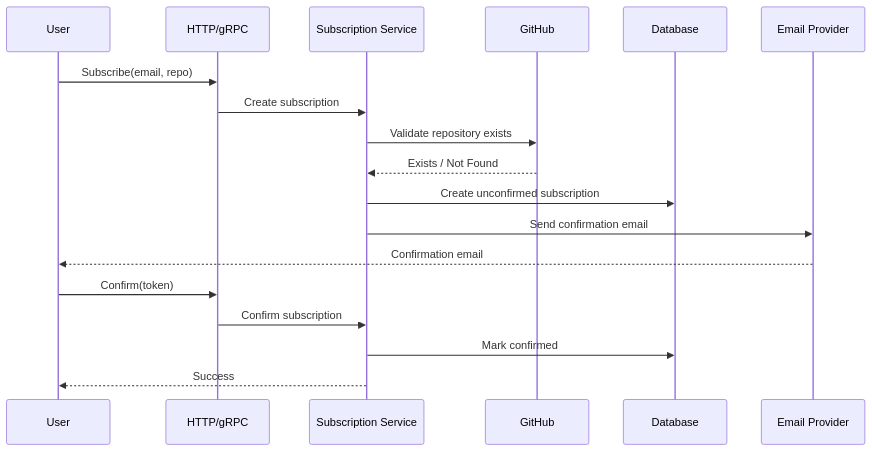
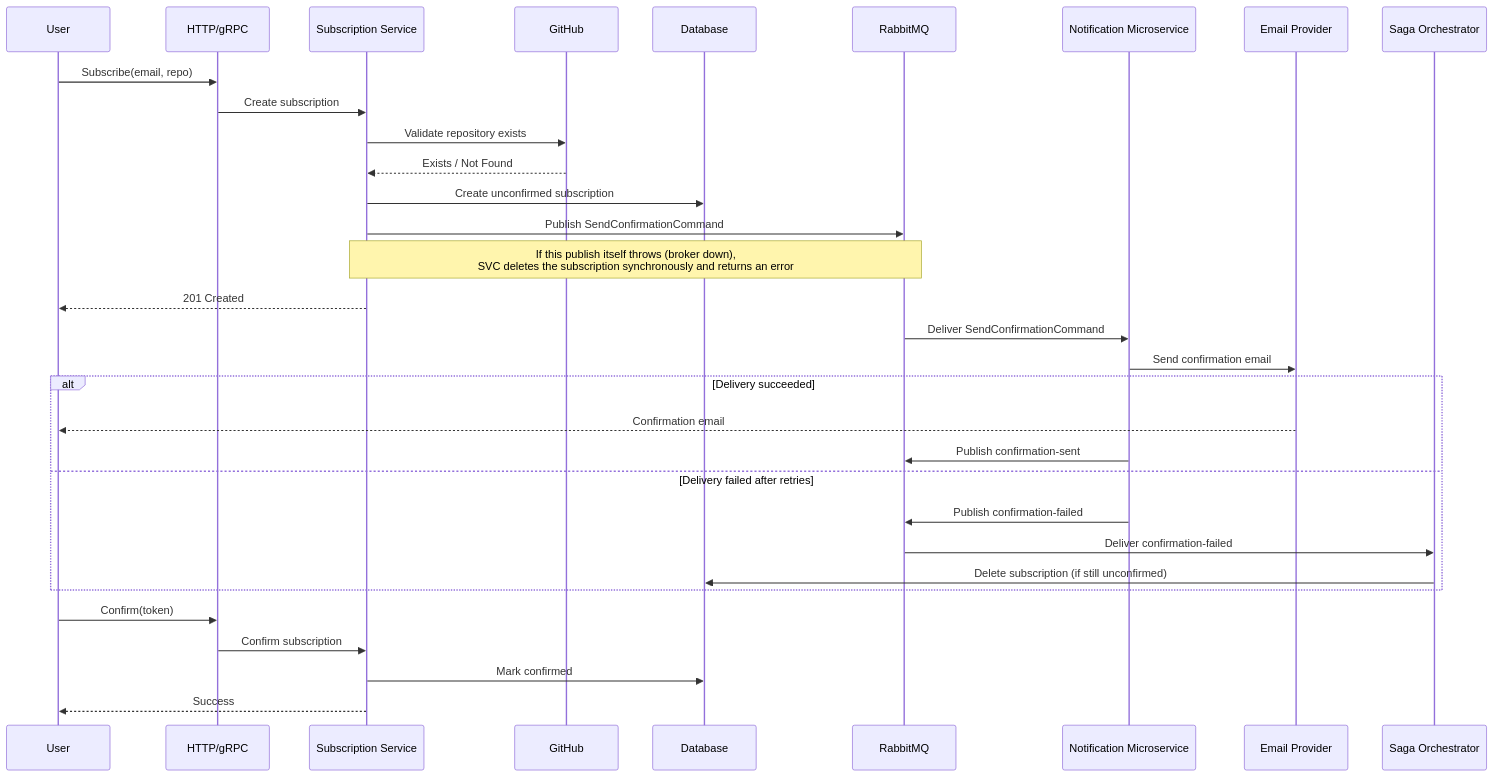
Before and after one commit to GenesisEducationKyiv/software-engineering-school-6-0-RandomIv: the second of 3 diagrams in docs/system-design.md, drawn with Mermaid. The commit also changed other lines of this file and 5 other files, not shown here.

First line of the commit message:
docs: reconcile architecture docs with two-process reality; enforce config isolation

````diff
--- a/docs/system-design.md
+++ b/docs/system-design.md
@@ -148,22 +172,37 @@
 ```mermaid
 sequenceDiagram
     participant User
     participant Transport as HTTP/gRPC
     participant SVC as Subscription Service
     participant ExternalSvc as GitHub
     participant DB as Database
+    participant MQ as RabbitMQ
+    participant Notif as Notification Microservice
     participant Provider as Email Provider
+    participant Saga as Saga Orchestrator
 
     User->>Transport: Subscribe(email, repo)
     Transport->>SVC: Create subscription
     SVC->>ExternalSvc: Validate repository exists
     ExternalSvc-->>SVC: Exists / Not Found
     SVC->>DB: Create unconfirmed subscription
-    SVC->>Provider: Send confirmation email
-    Provider-->>User: Confirmation email
+    SVC->>MQ: Publish SendConfirmationCommand
+    Note over SVC,MQ: If this publish itself throws (broker down),<br/>SVC deletes the subscription synchronously and returns an error
+    SVC-->>User: 201 Created
+
+    MQ->>Notif: Deliver SendConfirmationCommand
+    Notif->>Provider: Send confirmation email
+    alt Delivery succeeded
+        Provider-->>User: Confirmation email
+        Notif->>MQ: Publish confirmation-sent
+    else Delivery failed after retries
+        Notif->>MQ: Publish confirmation-failed
+        MQ->>Saga: Deliver confirmation-failed
+        Saga->>DB: Delete subscription (if still unconfirmed)
+    end
 
     User->>Transport: Confirm(token)
     Transport->>SVC: Confirm subscription
     SVC->>DB: Mark confirmed
     SVC-->>User: Success
 ```
````
